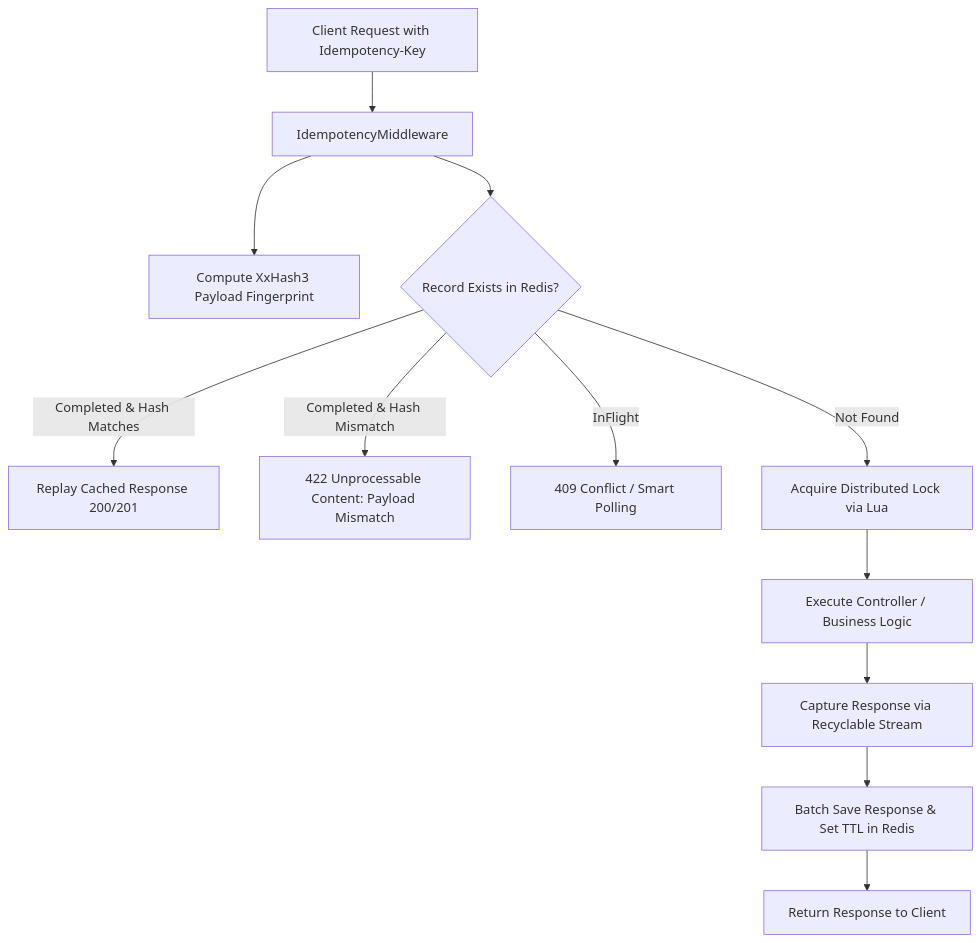
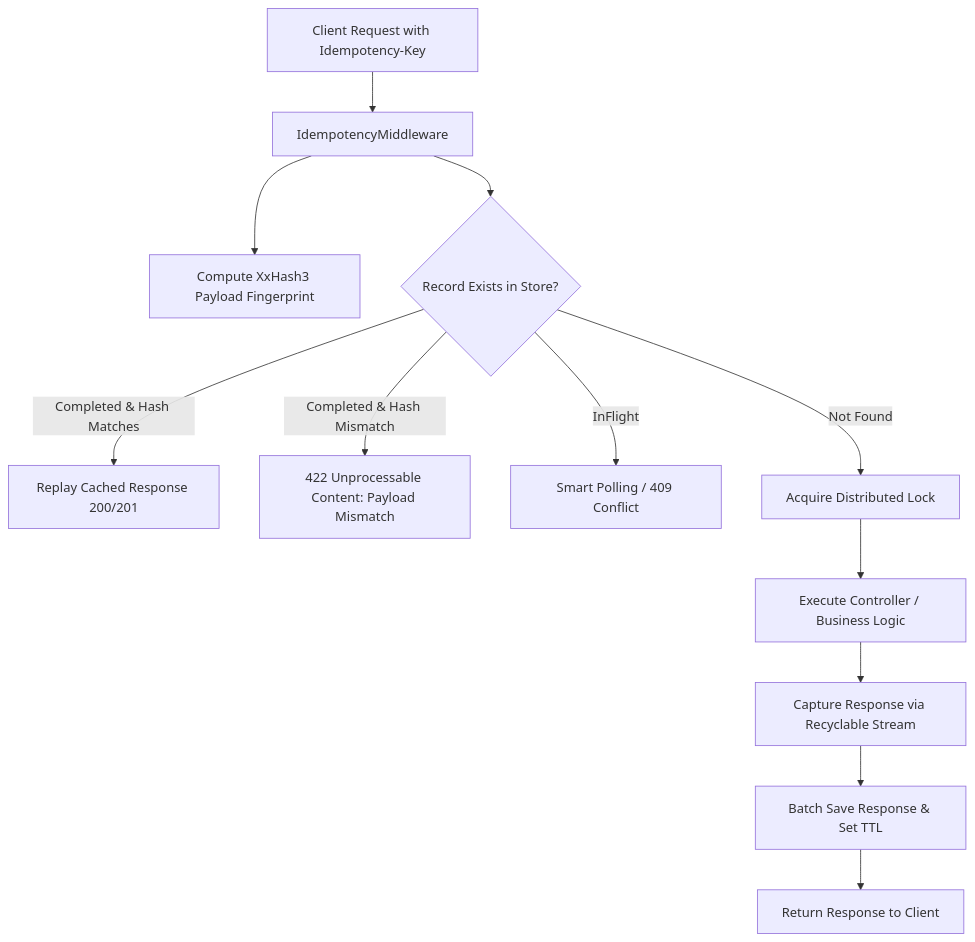
Before and after one commit to itachiuchihadev/FastIdempotency: the diagram in README.md, drawn with Mermaid. The commit also changed other lines of this file and 17 other files, not shown here.

````diff
--- a/README.md
+++ b/README.md
@@ -111,14 +167,14 @@
 ```mermaid
 flowchart TD
     Client[Client Request with Idempotency-Key] --> MW[IdempotencyMiddleware]
     MW --> Hash[Compute XxHash3 Payload Fingerprint]
-    MW --> Check{Record Exists in Redis?}
+    MW --> Check{Record Exists in Store?}
     Check -->|Completed & Hash Matches| Replay[Replay Cached Response 200/201]
     Check -->|Completed & Hash Mismatch| Reject[422 Unprocessable Content: Payload Mismatch]
-    Check -->|InFlight| LockHeld[409 Conflict / Smart Polling]
-    Check -->|Not Found| Lock[Acquire Distributed Lock via Lua]
+    Check -->|InFlight| LockHeld[Smart Polling / 409 Conflict]
+    Check -->|Not Found| Lock[Acquire Distributed Lock]
     Lock --> Downstream[Execute Controller / Business Logic]
     Downstream --> Capture[Capture Response via Recyclable Stream]
-    Capture --> Save[Batch Save Response & Set TTL in Redis]
     Save --> ClientResponse[Return Response to Client]
+    Capture --> Save[Batch Save Response & Set TTL]
 ```
````
